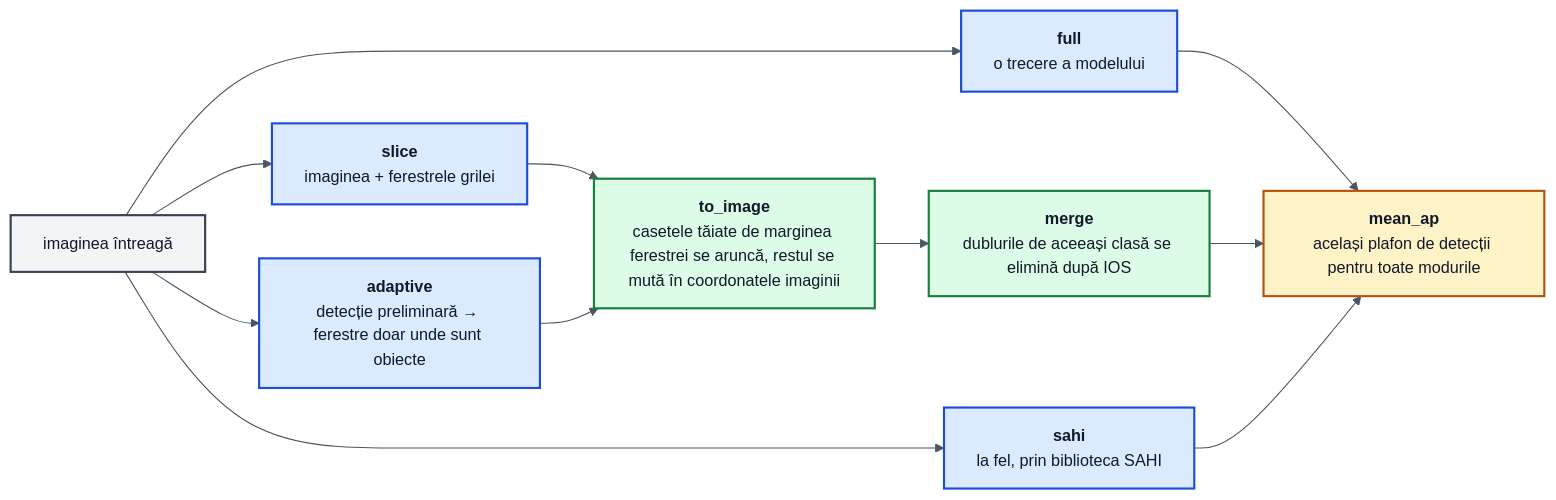
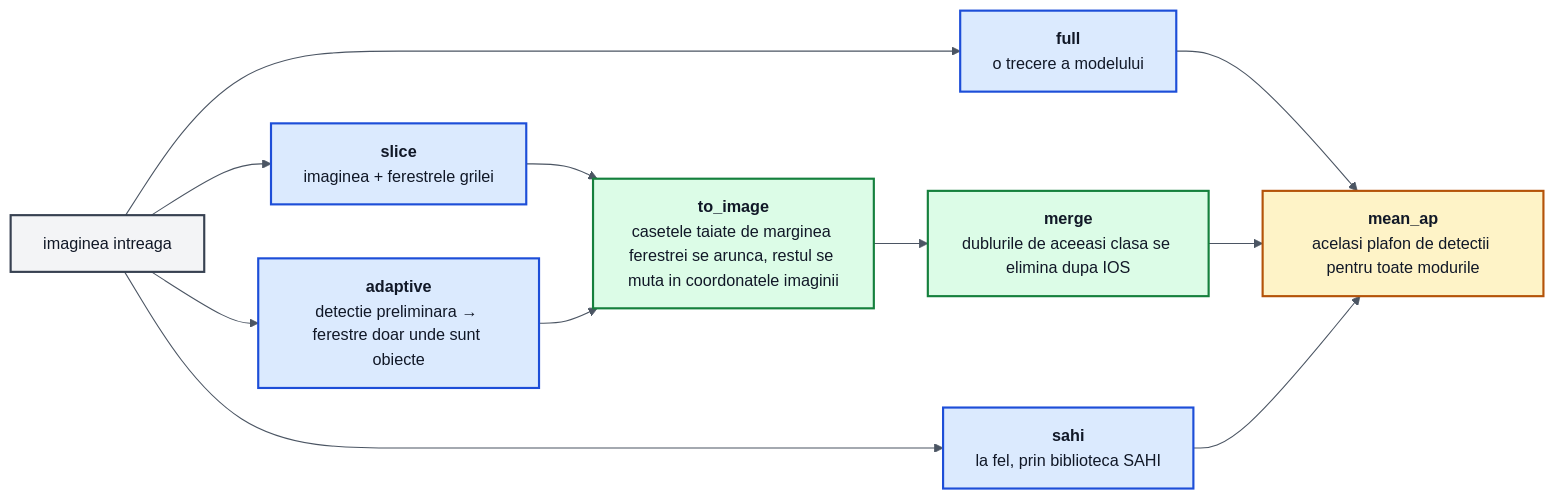
One commit to zaha27/pi-p changed the second of 3 diagrams in docs/pipeline.md. Above: the diagram before and after it, drawn with Mermaid. The commit also changed other lines of this file and 57 other files, not shown here.

````diff
--- a/docs/pipeline.md
+++ b/docs/pipeline.md
@@ -63,34 +63,34 @@
 ```mermaid
 %%{init: {'theme':'base','themeVariables':{'fontSize':'15px','lineColor':'#4B5563'}}}%%
 flowchart LR
-    IMG["imaginea întreagă"]
+    IMG["imaginea intreaga"]
     FULL["`**full**
 o trecere a modelului`"]
     SLICE["`**slice**
 imaginea + ferestrele grilei`"]
     SAHI["`**sahi**
 la fel, prin biblioteca SAHI`"]
     ADA["`**adaptive**
-detecție preliminară → ferestre doar unde sunt obiecte`"]
+detectie preliminara → ferestre doar unde sunt obiecte`"]
     SHIFT["`**to_image**
-casetele tăiate de marginea ferestrei se aruncă, restul se mută în coordonatele imaginii`"]
+casetele taiate de marginea ferestrei se arunca, restul se muta in coordonatele imaginii`"]
     MERGE["`**merge**
-dublurile de aceeași clasă se elimină după IOS`"]
+dublurile de aceeasi clasa se elimina dupa IOS`"]
     MAP["`**mean_ap**
-același plafon de detecții pentru toate modurile`"]
+acelasi plafon de detectii pentru toate modurile`"]
 
     IMG --> FULL --> MAP
     IMG --> SLICE --> SHIFT
     IMG --> ADA --> SHIFT
     SHIFT --> MERGE --> MAP
     IMG --> SAHI --> MAP
 
     classDef dat fill:#F3F4F6,stroke:#374151,stroke-width:2px,color:#111827
     classDef var fill:#DBEAFE,stroke:#1D4ED8,stroke-width:2px,color:#111827
     classDef fus fill:#DCFCE7,stroke:#15803D,stroke-width:2px,color:#111827
     classDef eva fill:#FEF3C7,stroke:#B45309,stroke-width:2px,color:#111827
     class IMG dat
     class FULL,SLICE,SAHI,ADA var
     class SHIFT,MERGE fus
     class MAP eva
 ```
````
